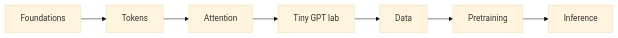
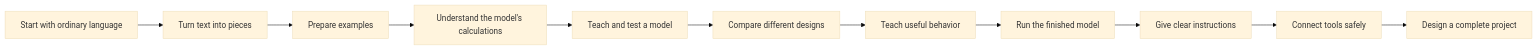
Before and after one commit to ColtMercer/open-llm-engineering: the diagram in docs/learning-paths.md, drawn with Mermaid (base theme). The commit also changed other lines of this file and 13 other files, not shown here.

````diff
--- a/docs/learning-paths.md
+++ b/docs/learning-paths.md
@@ -9,9 +11,13 @@
 ```mermaid
 flowchart LR
-    F[Foundations] --> T[Tokens]
-    T --> A[Attention]
-    A --> G[Tiny GPT lab]
-    G --> D[Data]
-    D --> P[Pretraining]
-    P --> I[Inference]
+    A[Start with ordinary language] --> B[Turn text into pieces]
+    B --> C[Prepare examples]
+    C --> D[Understand the model's calculations]
+    D --> E[Teach and test a model]
+    E --> F[Compare different designs]
+    F --> G[Teach useful behavior]
+    G --> H[Run the finished model]
+    H --> I[Give clear instructions]
+    I --> J[Connect tools safely]
+    J --> K[Design a complete project]
 ```
````
